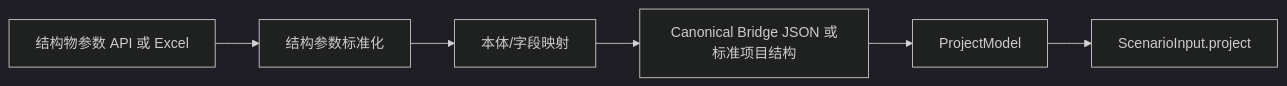
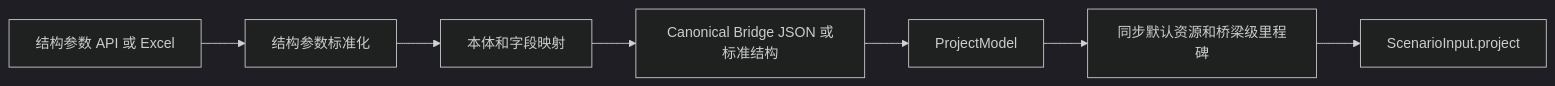
The second of 9 diagrams in docs/project-scheduling-system-overview.md (Lili-big/projectScheduling), drawn with Mermaid (dark theme) before and after one commit. The commit also changed other lines of this file and 4 other files, not shown here.

````diff
--- a/docs/project-scheduling-system-overview.md
+++ b/docs/project-scheduling-system-overview.md
@@ -181,8 +209,9 @@
 ```mermaid
 flowchart LR
-  A["结构物参数 API 或 Excel"] --> B["结构参数标准化"]
-  B --> C["本体/字段映射"]
-  C --> D["Canonical Bridge JSON 或标准项目结构"]
+  A["结构参数 API 或 Excel"] --> B["结构参数标准化"]
+  B --> C["本体和字段映射"]
+  C --> D["Canonical Bridge JSON 或标准结构"]
   D --> E["ProjectModel"]
-  E --> F["ScenarioInput.project"]
+  E --> F["同步默认资源和桥梁级里程碑"]
+  F --> G["ScenarioInput.project"]
 ```
````
